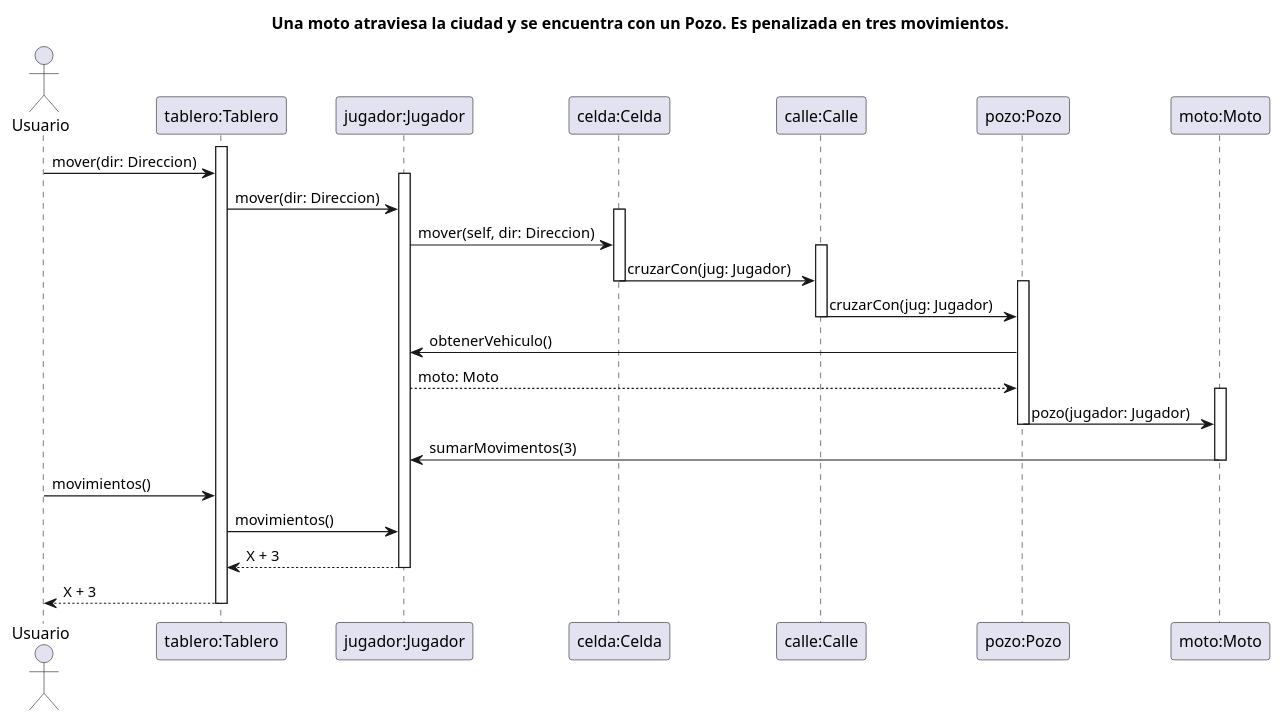
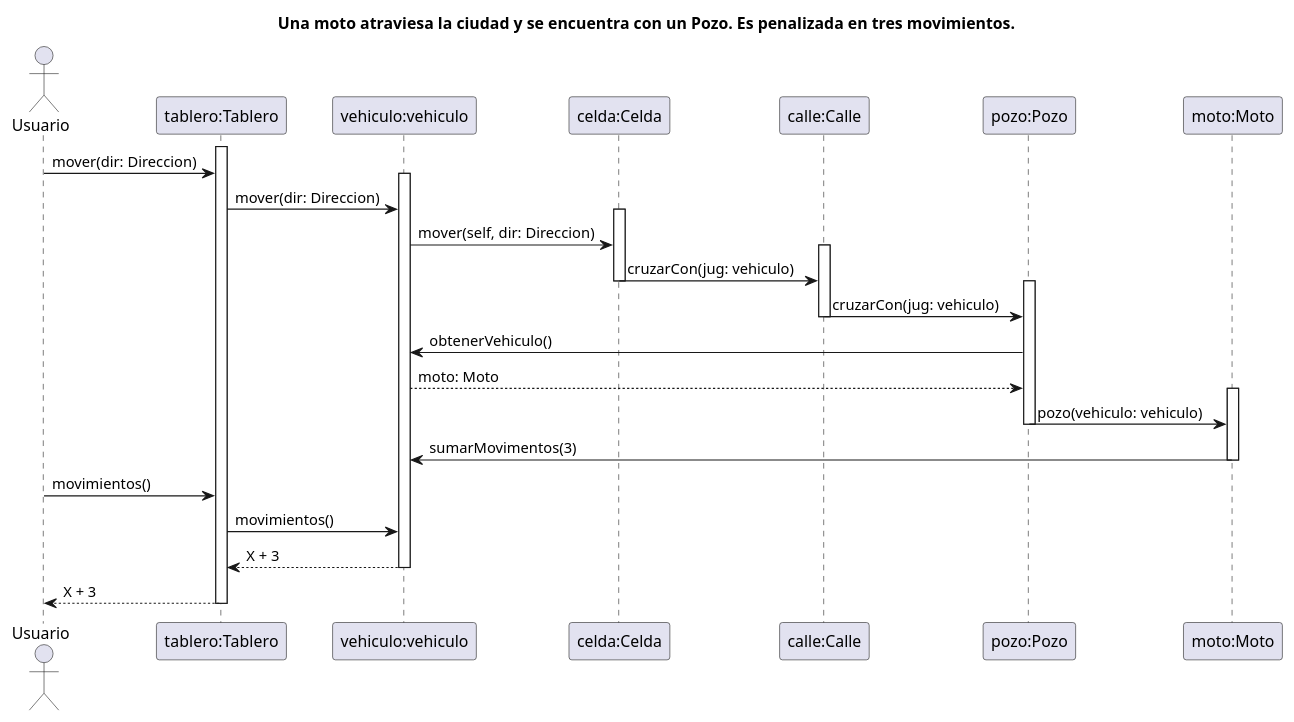
The diagram in diagrams/sequences/SecuenciaUnaMotoCruzaUnPozoYEsPenalizado/SecuenciaUnaMotoCruzaUnPozoYEsPenalizado.puml (tomasayala/algo3_tp2_1C2022), drawn with PlantUML before and after one commit. The commit also changed 44 other files, not shown here.

```diff
--- a/diagrams/sequences/SecuenciaUnaMotoCruzaUnPozoYEsPenalizado/SecuenciaUnaMotoCruzaUnPozoYEsPenalizado.puml
+++ b/diagrams/sequences/SecuenciaUnaMotoCruzaUnPozoYEsPenalizado/SecuenciaUnaMotoCruzaUnPozoYEsPenalizado.puml
@@ -1,62 +1,62 @@
 @startuml SecuenciaUnaMotoCruzaUnPozoYEsPenalizado
 ' Caso de uso 
 ' Una moto atraviesa la ciudad y se encuentra con un Pozo. Es penalizada en tres movimientos.
 
 title Una moto atraviesa la ciudad y se encuentra con un Pozo. Es penalizada en tres movimientos.
 
 Actor Usuario as user
 participant "tablero:Tablero" as tablero
-participant "jugador:Jugador" as jugador
+participant "vehiculo:vehiculo" as vehiculo
 participant "celda:Celda" as celda
 participant "calle:Calle" as calle
 participant "pozo:Pozo" as pozo
 participant "moto:Moto" as moto
 
 activate tablero
 
 user -> tablero: mover(dir: Direccion)
 
-activate jugador
+activate vehiculo
 
-tablero -> jugador: mover(dir: Direccion)
+tablero -> vehiculo: mover(dir: Direccion)
 
 activate celda
 
-jugador -> celda: mover(self, dir: Direccion)
+vehiculo -> celda: mover(self, dir: Direccion)
 
 activate calle
 
-celda -> calle: cruzarCon(jug: Jugador)
+celda -> calle: cruzarCon(jug: vehiculo)
 
 deactivate celda
 activate pozo
 
-calle -> pozo: cruzarCon(jug: Jugador)
+calle -> pozo: cruzarCon(jug: vehiculo)
 deactivate calle
-pozo -> jugador: obtenerVehiculo()
+pozo -> vehiculo: obtenerVehiculo()
 
-jugador --> pozo: moto: Moto
+vehiculo --> pozo: moto: Moto
 
 activate moto
 
-pozo -> moto: pozo(jugador: Jugador)
+pozo -> moto: pozo(vehiculo: vehiculo)
 
 deactivate pozo
 
-moto -> jugador: sumarMovimentos(3)
+moto -> vehiculo: sumarMovimentos(3)
 
 deactivate moto
 deactivate calle
 deactivate celda
 
 user -> tablero: movimientos()
-tablero -> jugador: movimientos()
-jugador --> tablero: X + 3
+tablero -> vehiculo: movimientos()
+vehiculo --> tablero: X + 3
 
-deactivate jugador
+deactivate vehiculo
 
 tablero --> user: X + 3
 
 deactivate tablero
 
 @enduml
```
